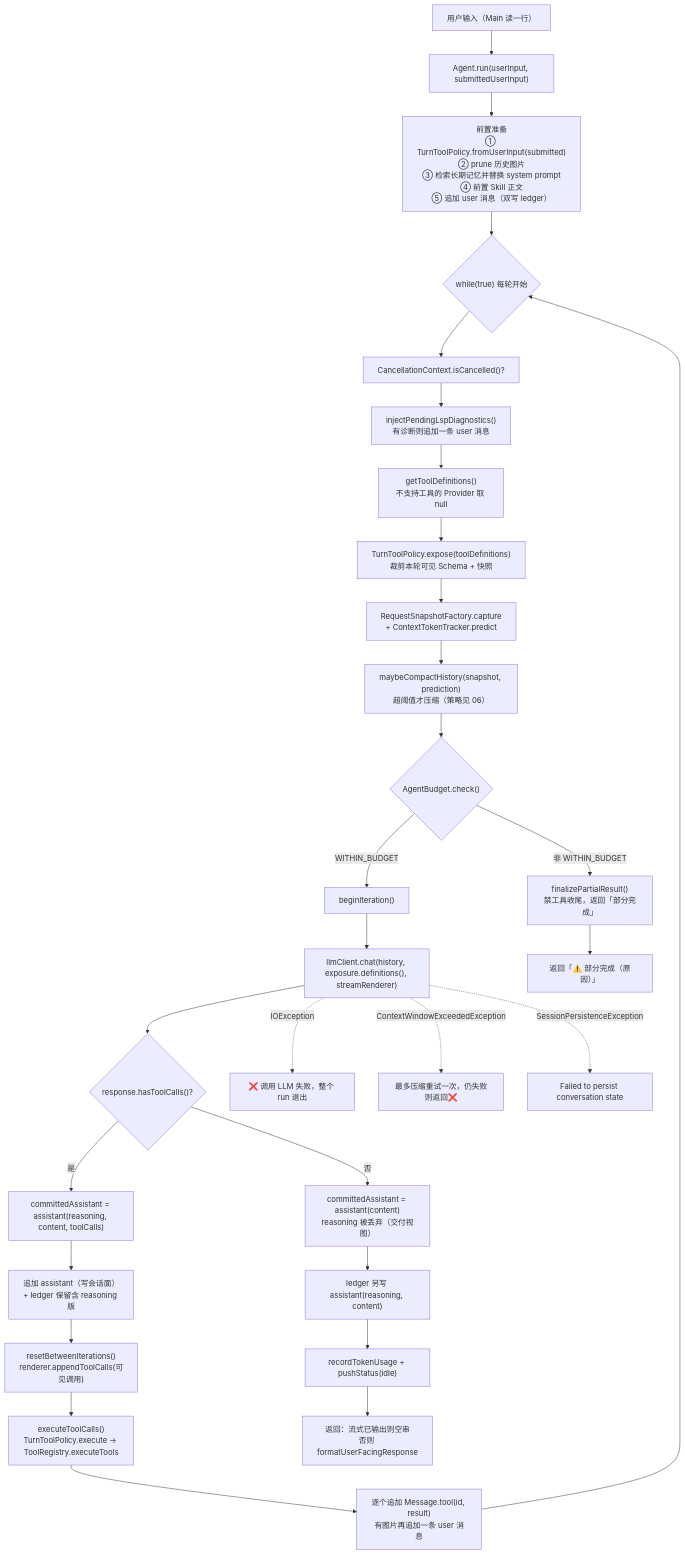
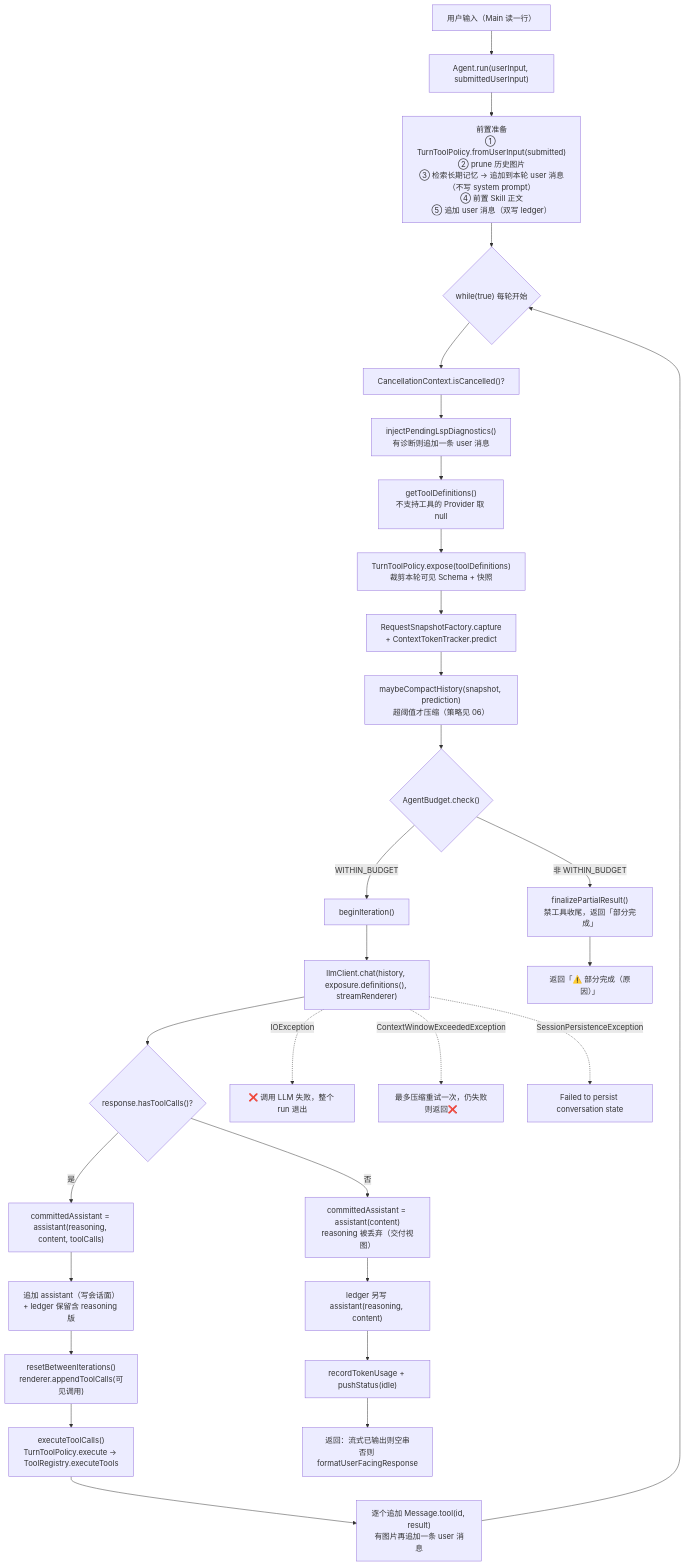
The first of 3 diagrams in docs/dev/01-react-agent.md (zgjdev/Code-Agent), drawn with Mermaid before and after one commit. The commit also changed other lines of this file and 4 other files, not shown here.

````diff
--- a/docs/dev/01-react-agent.md
+++ b/docs/dev/01-react-agent.md
@@ -95,35 +95,35 @@
 ```mermaid
 flowchart TD
     U["用户输入（Main 读一行）"] --> R["Agent.run(userInput, submittedUserInput)"]
-    R --> PRE["前置准备<br/>① TurnToolPolicy.fromUserInput(submitted)<br/>② prune 历史图片<br/>③ 检索长期记忆并替换 system prompt<br/>④ 前置 Skill 正文<br/>⑤ 追加 user 消息（双写 ledger）"]
+    R --> PRE["前置准备<br/>① TurnToolPolicy.fromUserInput(submitted)<br/>② prune 历史图片<br/>③ 检索长期记忆 → 追加到本轮 user 消息（不写 system prompt）<br/>④ 前置 Skill 正文<br/>⑤ 追加 user 消息（双写 ledger）"]
 
     PRE --> LOOP{"while(true) 每轮开始"}
     LOOP --> CANCEL1["CancellationContext.isCancelled()?"]
     CANCEL1 --> LSP["injectPendingLspDiagnostics()<br/>有诊断则追加一条 user 消息"]
     LSP --> DEF["getToolDefinitions()<br/>不支持工具的 Provider 取 null"]
     DEF --> EXP["TurnToolPolicy.expose(toolDefinitions)<br/>裁剪本轮可见 Schema + 快照"]
     EXP --> SNAP["RequestSnapshotFactory.capture<br/>+ ContextTokenTracker.predict"]
     SNAP --> COMP["maybeCompactHistory(snapshot, prediction)<br/>超阈值才压缩（策略见 06）"]
     COMP --> BUDGET{"AgentBudget.check()"}
     BUDGET -- "非 WITHIN_BUDGET" --> FIN["finalizePartialResult()<br/>禁工具收尾，返回「部分完成」"]
     BUDGET -- WITHIN_BUDGET --> ITER["beginIteration()"]
     ITER --> CHAT["llmClient.chat(history, exposure.definitions(), streamRenderer)"]
     CHAT --> BRANCH{"response.hasToolCalls()?"}
 
     BRANCH -- "是" --> A1["committedAssistant = assistant(reasoning, content, toolCalls)"]
     A1 --> A2["追加 assistant（写会话面）+ ledger 保留含 reasoning 版"]
     A2 --> A3["resetBetweenIterations()<br/>renderer.appendToolCalls(可见调用)"]
     A3 --> A4["executeToolCalls()<br/>TurnToolPolicy.execute → ToolRegistry.executeTools"]
     A4 --> A5["逐个追加 Message.tool(id, result)<br/>有图片再追加一条 user 消息"]
     A5 --> LOOP
 
     BRANCH -- "否" --> B1["committedAssistant = assistant(content)<br/>reasoning 被丢弃（交付视图）"]
     B1 --> B2["ledger 另写 assistant(reasoning, content)"]
     B2 --> B3["recordTokenUsage + pushStatus(idle)"]
     B3 --> RET["返回：流式已输出则空串<br/>否则 formatUserFacingResponse"]
 
     FIN --> RET2["返回「⚠️ 部分完成（原因）」"]
     CHAT -. "IOException" .-> ERR["❌ 调用 LLM 失败，整个 run 退出"]
     CHAT -. "ContextWindowExceededException" .-> OVF["最多压缩重试一次，仍失败则返回❌"]
     CHAT -. "SessionPersistenceException" .-> SP["Failed to persist conversation state"]
 ```
````
